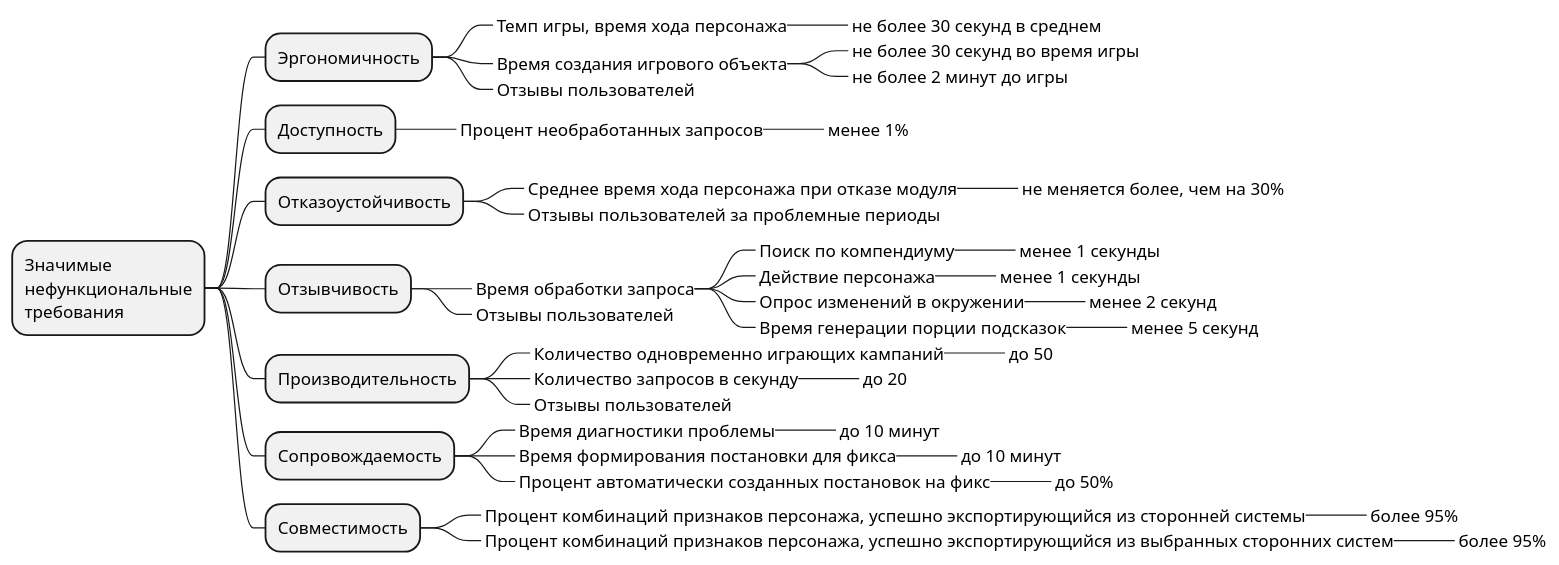
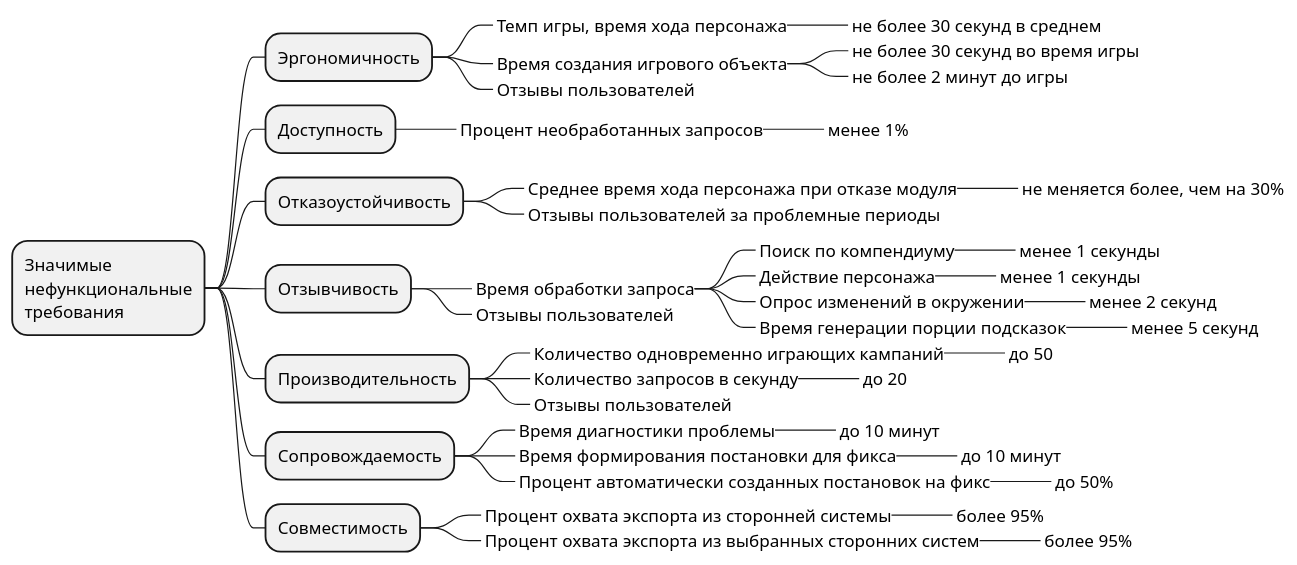
The diagram in chart/nfr_tree.puml (butakovmv/d20e_arch), drawn with PlantUML before and after one commit. The commit also changed 1 other file, not shown here.

```diff
--- a/chart/nfr_tree.puml
+++ b/chart/nfr_tree.puml
@@ -1,46 +1,46 @@
 @startmindmap
 * Значимые\nнефункциональные\nтребования
 ** Эргономичность
 ***_ Темп игры, время хода персонажа
 ****_ не более 30 секунд в среднем
 ***_ Время создания игрового объекта
 ****_ не более 30 секунд во время игры
 ****_ не более 2 минут до игры
 ***_ Отзывы пользователей
 ** Доступность
 ***_ Процент необработанных запросов
 ****_ менее 1%
 ** Отказоустойчивость
 ***_ Среднее время хода персонажа при отказе модуля
 ****_ не меняется более, чем на 30%
 ***_ Отзывы пользователей за проблемные периоды
 ** Отзывчивость
 ***_ Время обработки запроса
 ****_ Поиск по компендиуму
 *****_ менее 1 секунды
 ****_ Действие персонажа
 *****_ менее 1 секунды
 ****_ Опрос изменений в окружении
 *****_ менее 2 секунд
 ****_ Время генерации порции подсказок
 *****_ менее 5 секунд
 ***_ Отзывы пользователей
 ** Производительность
 ***_ Количество одновременно играющих кампаний
 ****_ до 50
 ***_ Количество запросов в секунду
 ****_ до 20
 ***_ Отзывы пользователей
 ** Сопровождаемость
 ***_ Время диагностики проблемы
 ****_ до 10 минут
 ***_ Время формирования постановки для фикса
 ****_ до 10 минут
 ***_ Процент автоматически созданных постановок на фикс
 ****_ до 50%
 ** Совместимость
-***_ Процент комбинаций признаков персонажа, успешно экспортирующийся из сторонней системы
+***_ Процент охвата экспорта из сторонней системы
 ****_ более 95%
-***_ Процент комбинаций признаков персонажа, успешно экспортирующийся из выбранных сторонних систем
+***_ Процент охвата экспорта из выбранных сторонних систем
 ****_ более 95%
 @endmindmap
```
